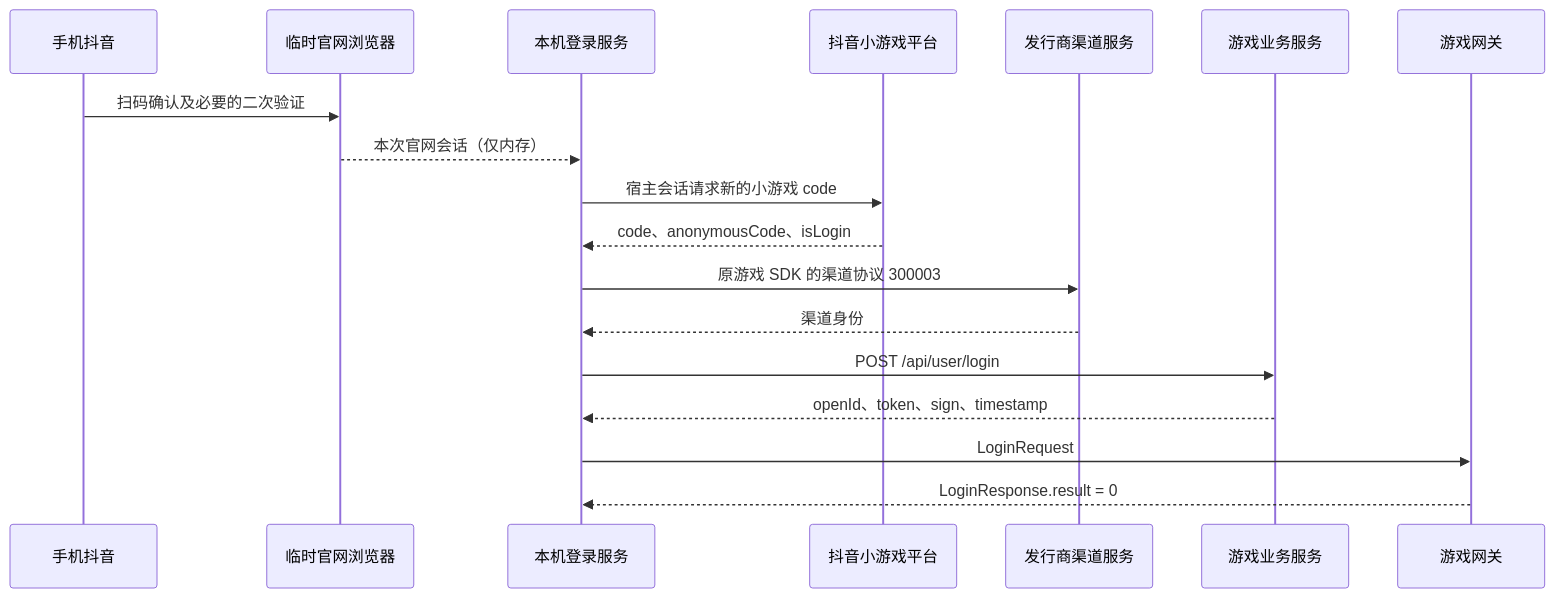
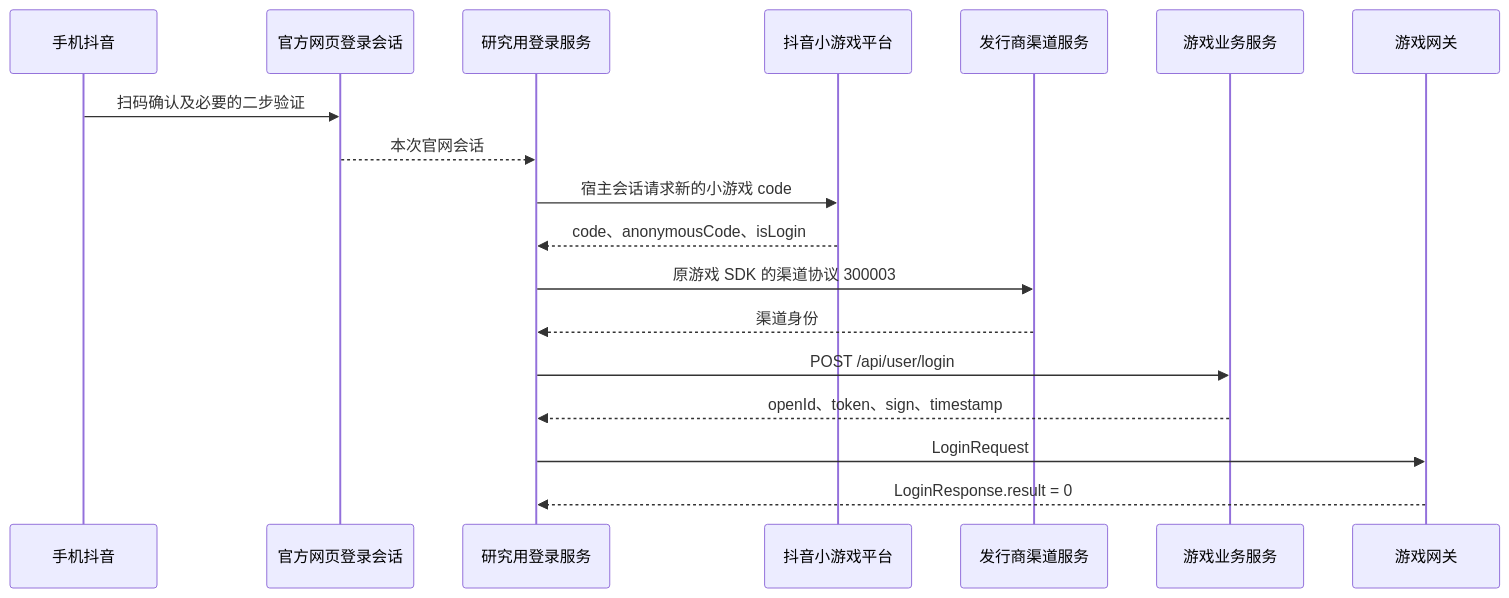
One commit to Sma11X/crazywaterworld changed the diagram in docs/douyin-login.md. Above: the diagram before and after it, drawn with Mermaid. The commit also changed other lines of this file and 26 other files, not shown here.

````diff
--- a/docs/douyin-login.md
+++ b/docs/douyin-login.md
@@ -28,20 +17,20 @@
 ```mermaid
 sequenceDiagram
     participant U as 手机抖音
-    participant W as 临时官网浏览器
-    participant A as 本机登录服务
+    participant W as 官方网页登录会话
+    participant A as 研究用登录服务
     participant T as 抖音小游戏平台
     participant C as 发行商渠道服务
     participant B as 游戏业务服务
     participant G as 游戏网关
-    U->>W: 扫码确认及必要的二次验证
-    W-->>A: 本次官网会话（仅内存）
+    U->>W: 扫码确认及必要的二步验证
+    W-->>A: 本次官网会话
     A->>T: 宿主会话请求新的小游戏 code
     T-->>A: code、anonymousCode、isLogin
     A->>C: 原游戏 SDK 的渠道协议 300003
     C-->>A: 渠道身份
     A->>B: POST /api/user/login
     B-->>A: openId、token、sign、timestamp
     A->>G: LoginRequest
     G-->>A: LoginResponse.result = 0
 ```
````
